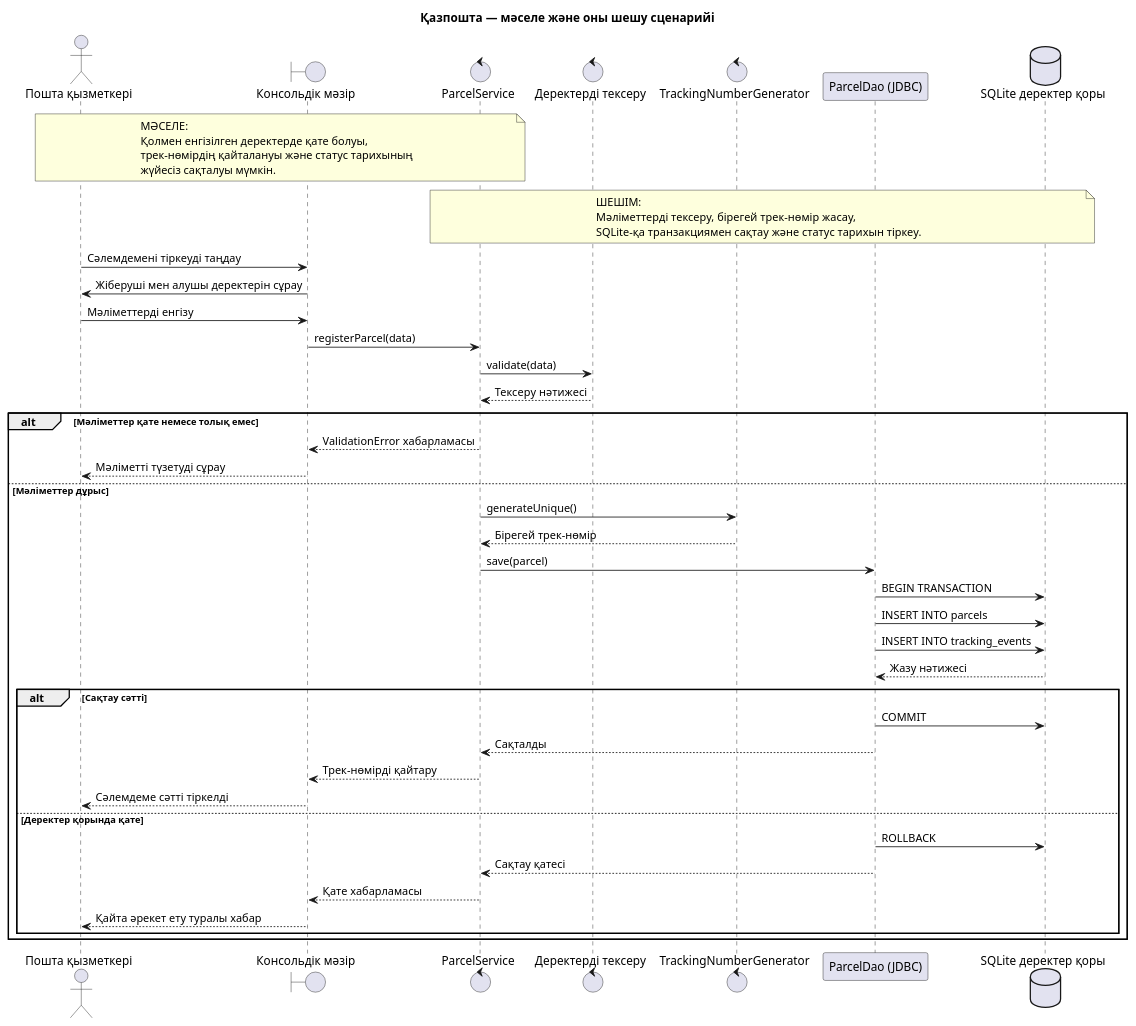
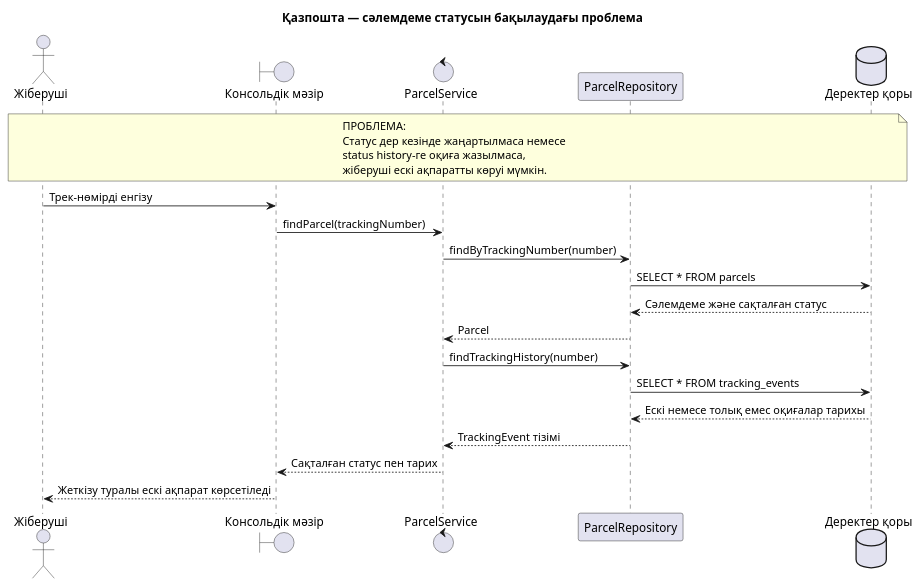
Before and after one commit to ajymaskar082/Kazpost-Parcel-Tracking: the diagram in docs/uml/sequence-diagram.puml, drawn with PlantUML.

Commit message:
Model tracking information delay problem in sequence diagram

```diff
--- a/docs/uml/sequence-diagram.puml
+++ b/docs/uml/sequence-diagram.puml
@@ -1,56 +1,30 @@
 @startuml
-title Қазпошта — мәселе және оны шешу сценарийі
-skinparam shadowing false
+title Қазпошта — сәлемдеме статусын бақылаудағы проблема
 
-actor "Пошта қызметкері" as Operator
+actor "Жіберуші" as Sender
 boundary "Консольдік мәзір" as Menu
 control "ParcelService" as Service
-control "Деректерді тексеру" as Validator
-control "TrackingNumberGenerator" as Generator
-participant "ParcelDao (JDBC)" as DAO
-database "SQLite деректер қоры" as DB
+participant "ParcelRepository" as Repository
+database "Деректер қоры" as DB
 
-note over Operator,Service
-МӘСЕЛЕ:
-Қолмен енгізілген деректерде қате болуы,
-трек-нөмірдің қайталануы және статус тарихының
-жүйесіз сақталуы мүмкін.
+note over Sender,DB
+ПРОБЛЕМА:
+Статус дер кезінде жаңартылмаса немесе
+status history-ге оқиға жазылмаса,
+жіберуші ескі ақпаратты көруі мүмкін.
 end note
 
-note over Service,DB
-ШЕШІМ:
-Мәліметтерді тексеру, бірегей трек-нөмір жасау,
-SQLite-қа транзакциямен сақтау және статус тарихын тіркеу.
-end note
+Sender -> Menu : Трек-нөмірді енгізу
+Menu -> Service : findParcel(trackingNumber)
+Service -> Repository : findByTrackingNumber(number)
+Repository -> DB : SELECT * FROM parcels
+DB --> Repository : Сәлемдеме және сақталған статус
+Repository --> Service : Parcel
+Service -> Repository : findTrackingHistory(number)
+Repository -> DB : SELECT * FROM tracking_events
+DB --> Repository : Ескі немесе толық емес оқиғалар тарихы
+Repository --> Service : TrackingEvent тізімі
+Service --> Menu : Сақталған статус пен тарих
+Menu --> Sender : Жеткізу туралы ескі ақпарат көрсетіледі
 
-Operator -> Menu : Сәлемдемені тіркеуді таңдау
-Menu -> Operator : Жіберуші мен алушы деректерін сұрау
-Operator -> Menu : Мәліметтерді енгізу
-Menu -> Service : registerParcel(data)
-Service -> Validator : validate(data)
-Validator --> Service : Тексеру нәтижесі
-
-alt Мәліметтер қате немесе толық емес
-  Service --> Menu : ValidationError хабарламасы
-  Menu --> Operator : Мәліметті түзетуді сұрау
-else Мәліметтер дұрыс
-  Service -> Generator : generateUnique()
-  Generator --> Service : Бірегей трек-нөмір
-  Service -> DAO : save(parcel)
-  DAO -> DB : BEGIN TRANSACTION
-  DAO -> DB : INSERT INTO parcels
-  DAO -> DB : INSERT INTO tracking_events
-  DB --> DAO : Жазу нәтижесі
-  alt Сақтау сәтті
-    DAO -> DB : COMMIT
-    DAO --> Service : Сақталды
-    Service --> Menu : Трек-нөмірді қайтару
-    Menu --> Operator : Сәлемдеме сәтті тіркелді
-  else Деректер қорында қате
-    DAO -> DB : ROLLBACK
-    DAO --> Service : Сақтау қатесі
-    Service --> Menu : Қате хабарламасы
-    Menu --> Operator : Қайта әрекет ету туралы хабар
-  end
-end
 @enduml
```
